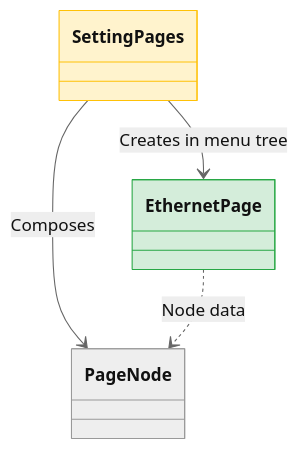
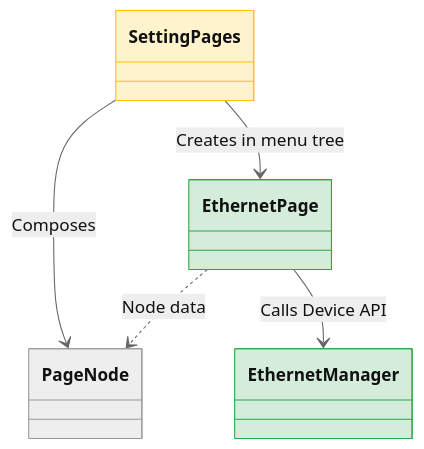
Before and after one commit to shyunMin/tizen-fs: the diagram in tizen-fs/doc/issue_6_implementation_plan.md, drawn with Mermaid (neutral theme). The commit also changed other lines of this file and 9 other files, not shown here.

Commit message:
feat: implement wired network settings (EthernetPage) with Device API interface #6

````diff
--- a/tizen-fs/doc/issue_6_implementation_plan.md
+++ b/tizen-fs/doc/issue_6_implementation_plan.md
@@ -18,12 +20,15 @@
 ```mermaid
 classDiagram
     class SettingPages
     class EthernetPage
     class PageNode
+    class EthernetManager
     SettingPages --> EthernetPage : Creates in menu tree
     SettingPages --> PageNode : Composes
     EthernetPage ..> PageNode : Node data
+    EthernetPage --> EthernetManager : Calls Device API
     %% Colors
     style EthernetPage fill:#d4edda, stroke:#28a745
+    style EthernetManager fill:#d4edda, stroke:#28a745
     style SettingPages fill:#fff3cd, stroke:#ffc107
 ```
````
